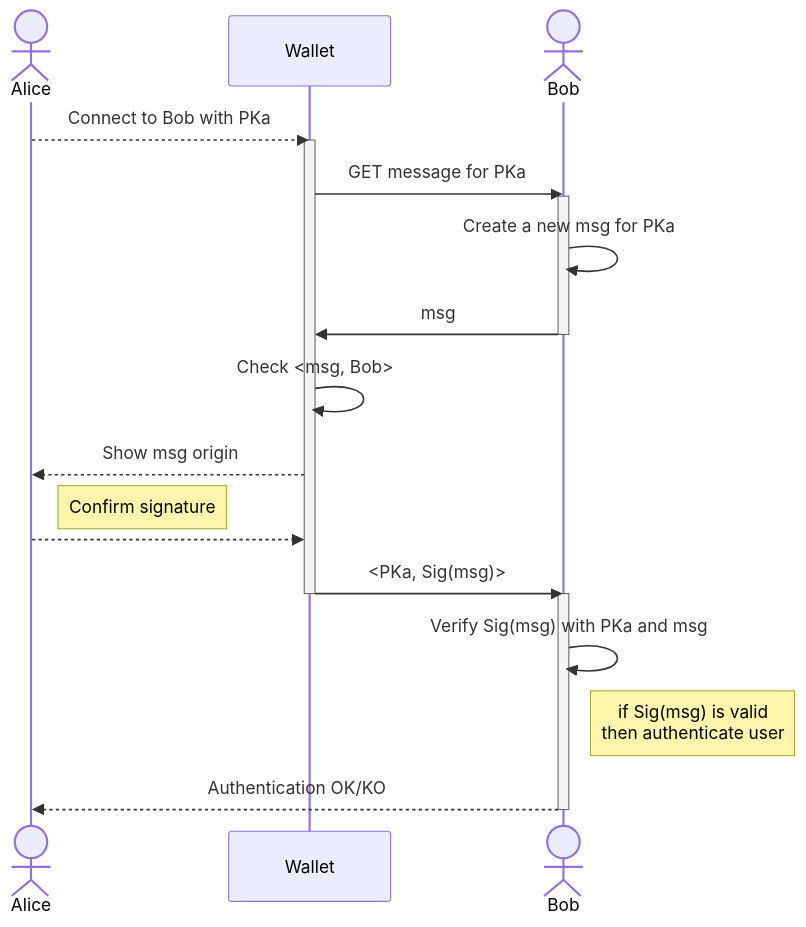
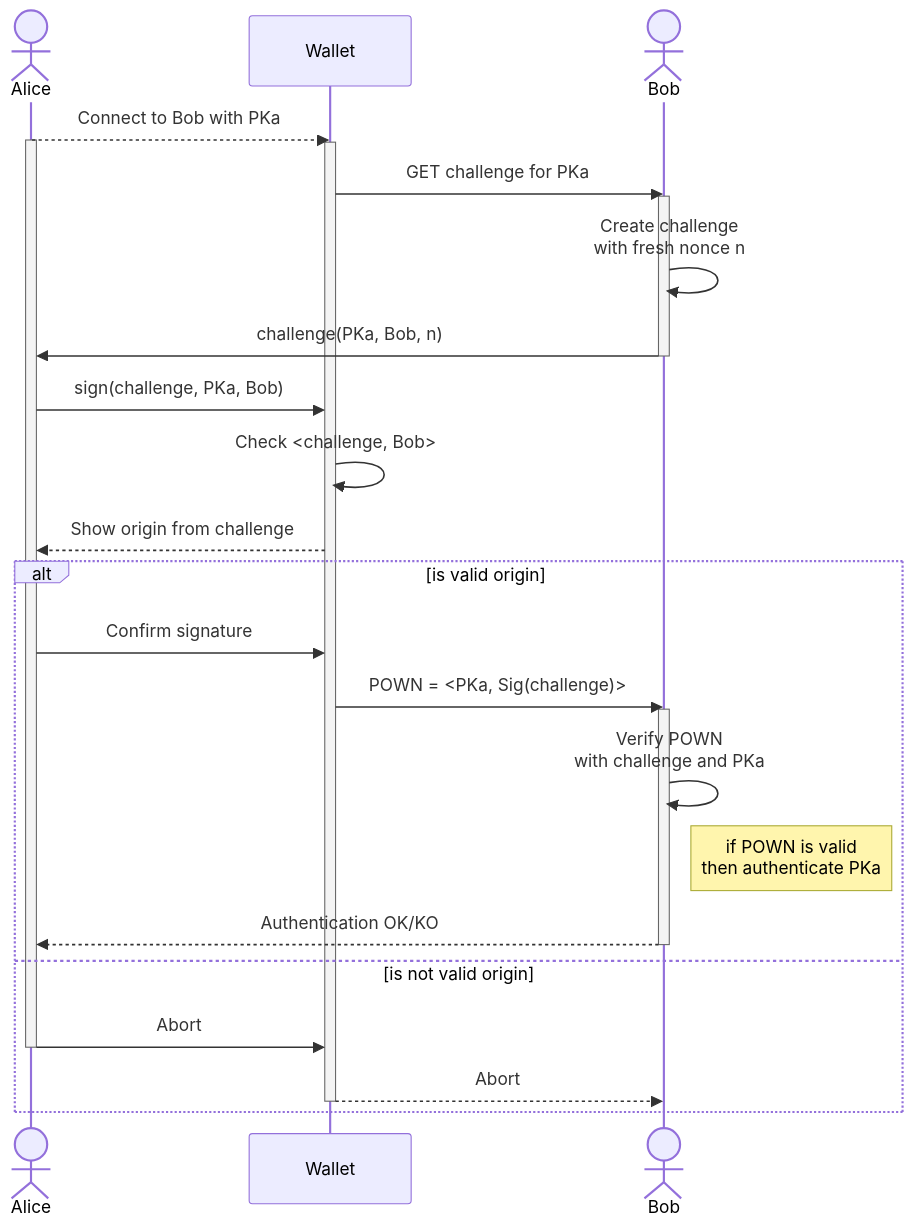
One commit to algorandfoundation/ARCs changed the first of 3 diagrams in ARCs/arc-0031.md. Above: the diagram before and after it, drawn with Mermaid. The commit also changed other lines of this file and 2 other files, not shown here.

````diff
--- a/ARCs/arc-0031.md
+++ b/ARCs/arc-0031.md
@@ -79,24 +80,31 @@
 ```mermaid
 sequenceDiagram
     actor A as Alice
     participant W as Wallet
     actor B as Bob
     A-->>W: Connect to Bob with PKa
+    activate A
     activate W
-    W->>B: GET message for PKa
+    W->>B: GET challenge for PKa
     activate B
-    B->>B: Create a new msg for PKa
-    B->>W: msg
+    B->>B: Create challenge <br/> with fresh nonce n
+    B->>A: challenge(PKa, Bob, n)
     deactivate B
-    W->>W: Check <msg, Bob>
-    W-->>A: Show msg origin
-    Note right of A: Confirm signature
-    A-->>W: 
-    W->>B: <PKa, Sig(msg)>
-    deactivate W
-    activate B
-    B->>B: Verify Sig(msg) with PKa and msg
-    Note right of B: if Sig(msg) is valid<br/>then authenticate user
-    B-->>A: Authentication OK/KO
-    deactivate B
+    A->>W: sign(challenge, PKa, Bob) 
+    W->>W: Check <challenge, Bob>
+    W-->>A: Show origin from challenge
+    alt is valid origin
+        A->>W: Confirm signature
+        W->>B: POWN = <PKa, Sig(challenge)>
+        activate B
+        B->>B: Verify POWN <br/> with challenge and PKa
+        Note right of B: if POWN is valid<br/>then authenticate PKa
+        B-->>A: Authentication OK/KO
+        deactivate B
+    else is not valid origin
+        A->>W: Abort
+        deactivate A
+        W-->>B: Abort
+        deactivate W
+    end
 ```
````
